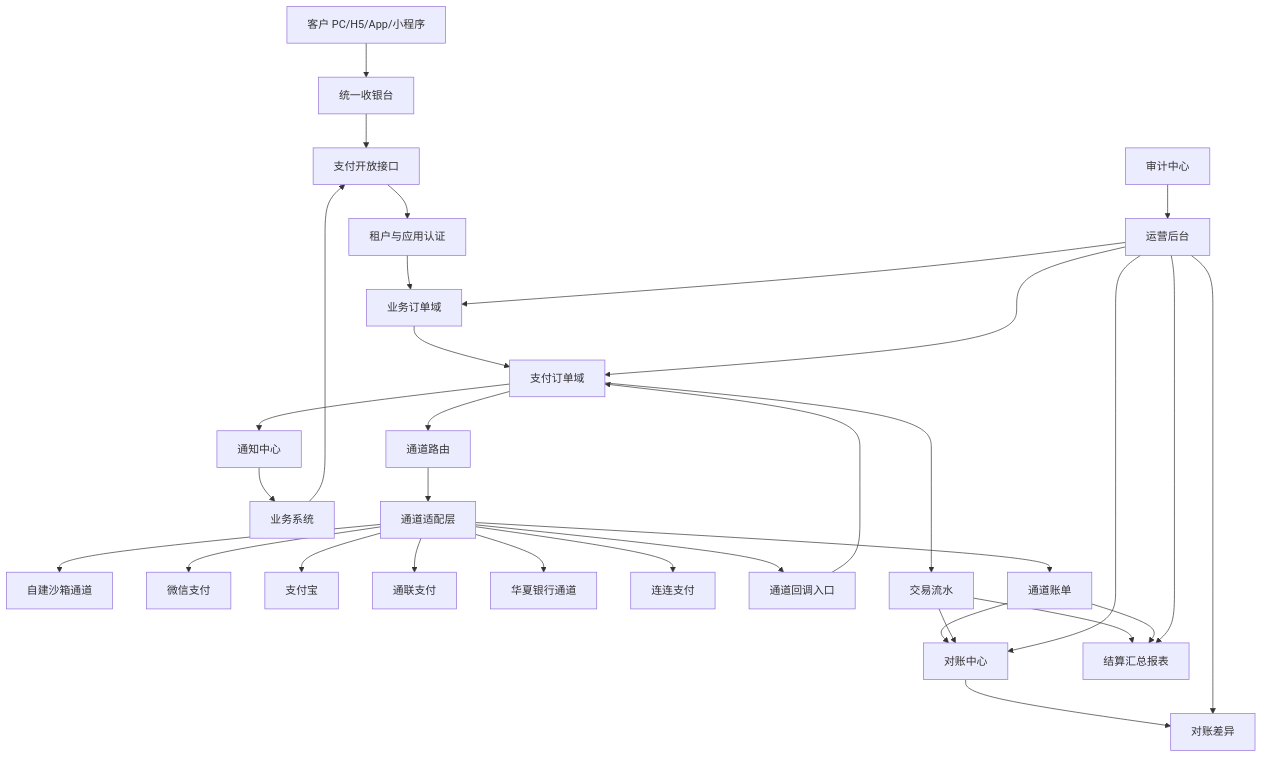
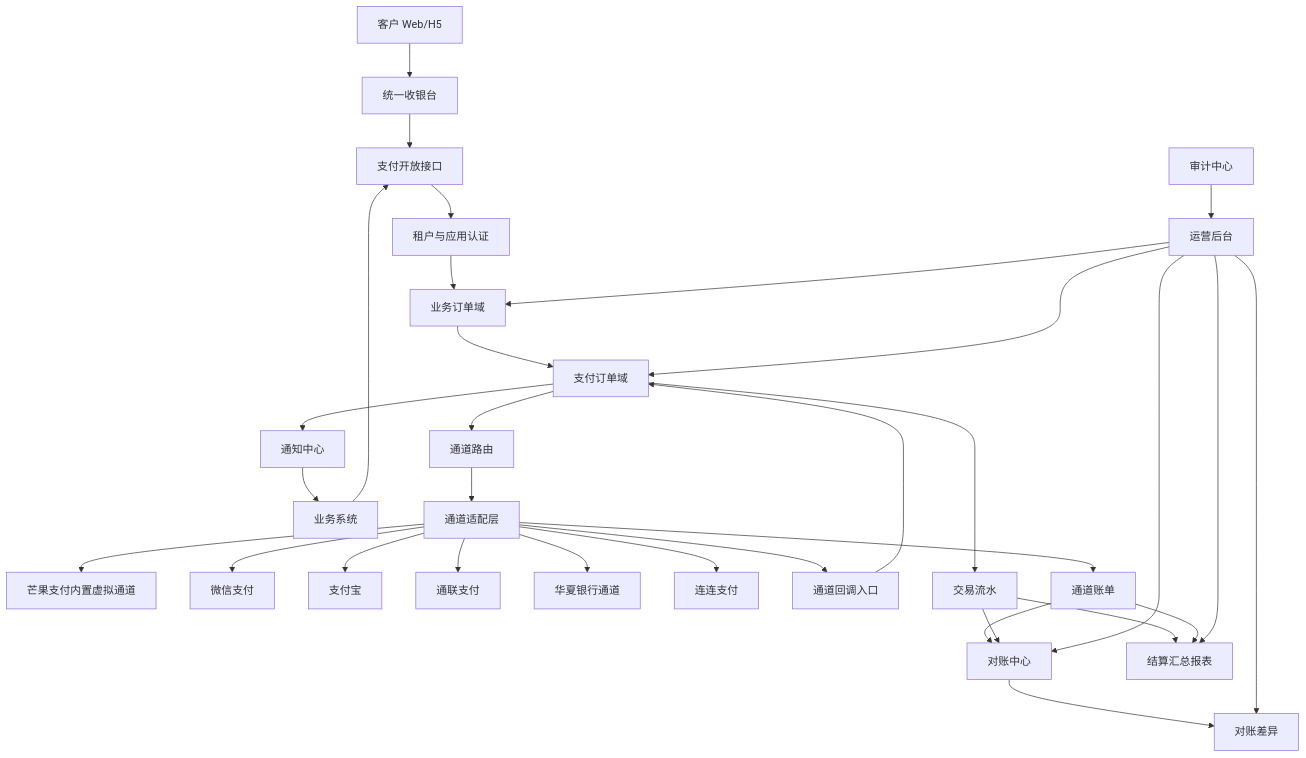
The first of 2 diagrams in mango-docs/designs/统一支付系统设计说明书.md (HardyDou/mango), drawn with Mermaid before and after one commit. The commit also changed other lines of this file and 630 other files, not shown here.

````diff
--- a/mango-docs/designs/统一支付系统设计说明书.md
+++ b/mango-docs/designs/统一支付系统设计说明书.md
@@ -167,38 +178,38 @@
 ```mermaid
 graph TD
-    Customer[客户 PC/H5/App/小程序] --> Cashier[统一收银台]
+    Customer[客户 Web/H5] --> Cashier[统一收银台]
     Biz[业务系统] --> OpenAPI[支付开放接口]
     Cashier --> OpenAPI
 
     OpenAPI --> Auth[租户与应用认证]
     Auth --> BizOrder[业务订单域]
     BizOrder --> PayOrder[支付订单域]
     PayOrder --> ChannelRoute[通道路由]
     ChannelRoute --> Adapter[通道适配层]
-    Adapter --> Sandbox[自建沙箱通道]
+    Adapter --> MangoPay[芒果支付内置虚拟通道]
     Adapter --> Wechat[微信支付]
     Adapter --> Alipay[支付宝]
     Adapter --> Allinpay[通联支付]
     Adapter --> Huaxia[华夏银行通道]
     Adapter --> Lianlian[连连支付]
 
     Adapter --> Callback[通道回调入口]
     Callback --> PayOrder
     PayOrder --> Notify[通知中心]
     Notify --> Biz
 
     PayOrder --> Flow[交易流水]
     Adapter --> ChannelBill[通道账单]
     ChannelBill --> Reconcile[对账中心]
     Flow --> Reconcile
     Reconcile --> Diff[对账差异]
     Flow --> SettlementSummary[结算汇总报表]
     ChannelBill --> SettlementSummary
 
     Ops[运营后台] --> BizOrder
     Ops --> PayOrder
     Ops --> Reconcile
     Ops --> Diff
     Ops --> SettlementSummary
     Audit[审计中心] --> Ops
 ```
````
